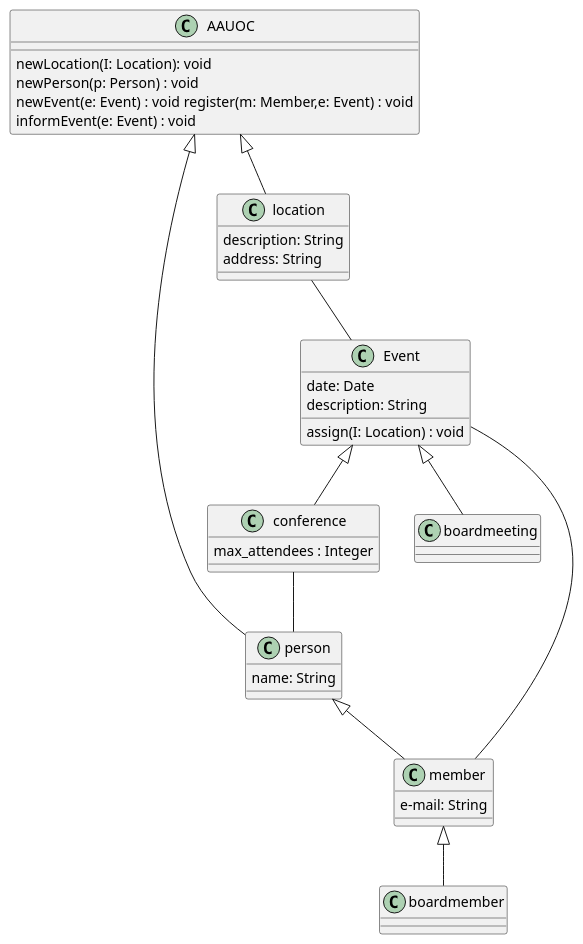
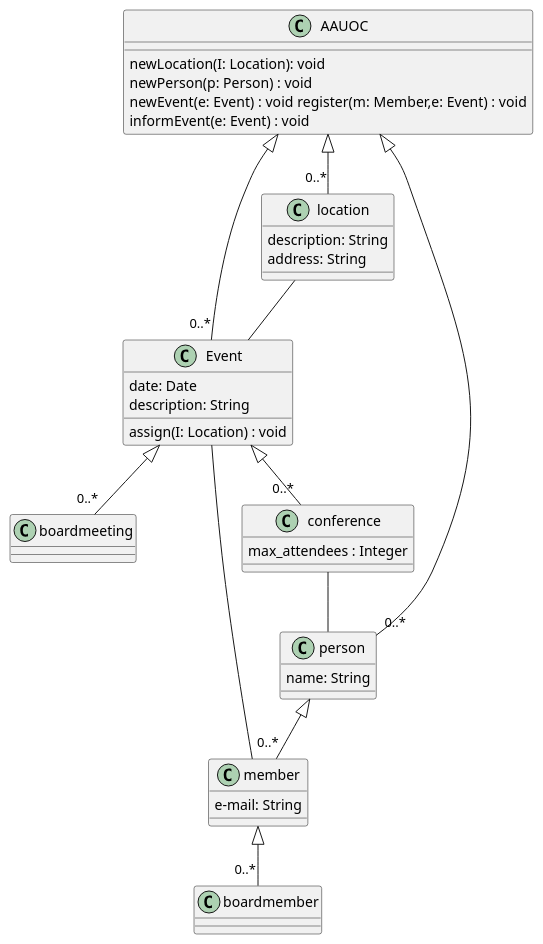
Before and after one commit to jorgealll/UMLClasesJorge: the diagram in src/ejercicioplant.puml, drawn with PlantUML. The commit also changed 1 other file, not shown here.

```diff
--- a/src/ejercicioplant.puml
+++ b/src/ejercicioplant.puml
@@ -1,40 +1,41 @@
 @startuml
 'https://plantuml.com/sequence-diagram
 
 class Event{
 date: Date
 description: String
 assign(I: Location) : void
 }
 class conference{
 max_attendees : Integer
 }
 class boardmeeting
-Event <|-- conference
-Event <|-- boardmeeting
+Event <|-- "0..*" conference
+Event <|-- "0..*" boardmeeting
 
 class person{
 name: String
 }
 class member{
 e-mail: String
 }
 class boardmember
-person <|-- member
-member <|-- boardmember
+person <|-- "0..*" member
+member <|-- "0..*" boardmember
 class AAUOC{
 newLocation(I: Location): void
 newPerson(p: Person) : void
 newEvent(e: Event) : void register(m: Member,e: Event) : void
 informEvent(e: Event) : void
 }
 class location{
 description: String
 address: String
 }
-AAUOC <|-- location
+AAUOC <|-- "0..*" location
 location -- Event
+AAUOC <|-- "0..*" Event
 Event -- member
 conference -- person
-AAUOC <|-- person
+AAUOC <|-- "0..*" person
 @enduml
```
